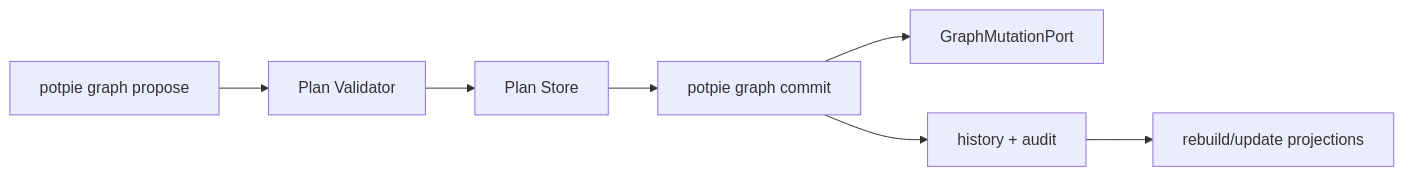
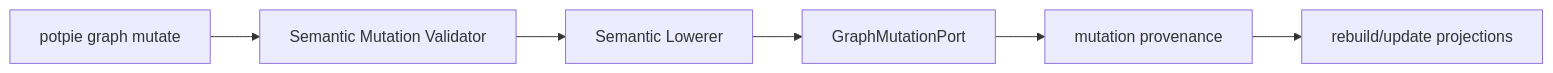
The sixth of 12 diagrams in docs/context-graph/architecture.md (potpie-ai/potpie), drawn with Mermaid before and after one commit. The commit also changed other lines of this file and 157 other files, not shown here.

Commit message:
feat: graph workbench

````diff
--- a/docs/context-graph/architecture.md
+++ b/docs/context-graph/architecture.md
@@ -329,13 +329,12 @@
 ```mermaid
 flowchart LR
-  cg_propose_cmd["potpie graph propose"]
-  cg_validate["Plan Validator"]
-  cg_store["Plan Store"]
-  cg_commit_cmd["potpie graph commit <plan_id>"]
+  cg_mutate_cmd["potpie graph mutate"]
+  cg_validate["Semantic Mutation Validator"]
+  cg_lower["Semantic Lowerer"]
   cg_write["GraphMutationPort"]
-  cg_audit["history + audit"]
+  cg_audit["mutation provenance"]
   cg_project["rebuild/update projections"]
 
-  cg_propose_cmd --> cg_validate --> cg_store --> cg_commit_cmd --> cg_write
-  cg_commit_cmd --> cg_audit --> cg_project
+  cg_mutate_cmd --> cg_validate --> cg_lower --> cg_write
+  cg_write --> cg_audit --> cg_project
 ```
````
